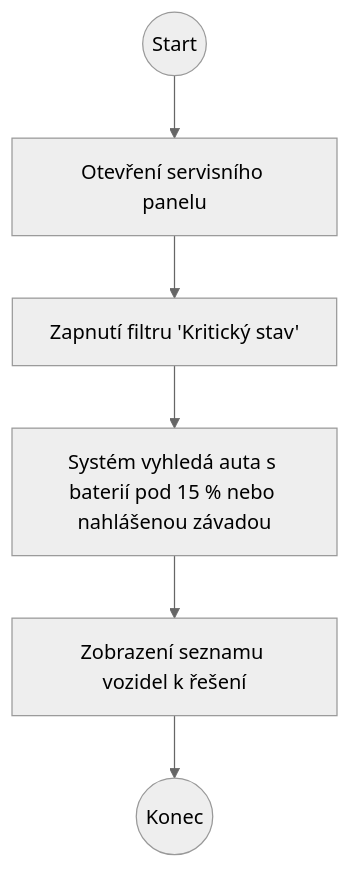
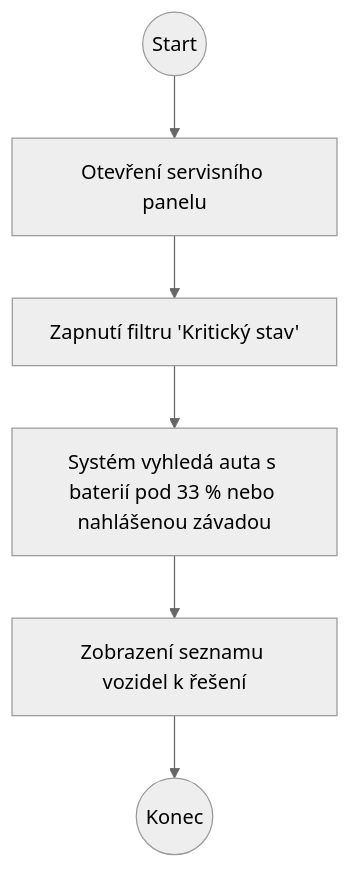
The tenth of 14 diagrams in Full.md (CrimsonRubyRose/KSWI), drawn with Mermaid (neutral theme) before and after one commit.

````diff
--- a/Full.md
+++ b/Full.md
@@ -112,8 +112,8 @@
 ```mermaid
 flowchart TD
     Start((Start)) --> OpenApp[Otevření servisního panelu]
     OpenApp --> Filter[Zapnutí filtru 'Kritický stav']
-    Filter --> Query[Systém vyhledá auta s baterií pod 15 % nebo nahlášenou závadou]
+    Filter --> Query[Systém vyhledá auta s baterií pod 33 % nebo nahlášenou závadou]
     Query --> ShowList[Zobrazení seznamu vozidel k řešení]
     ShowList --> End((Konec))
 ```
````
